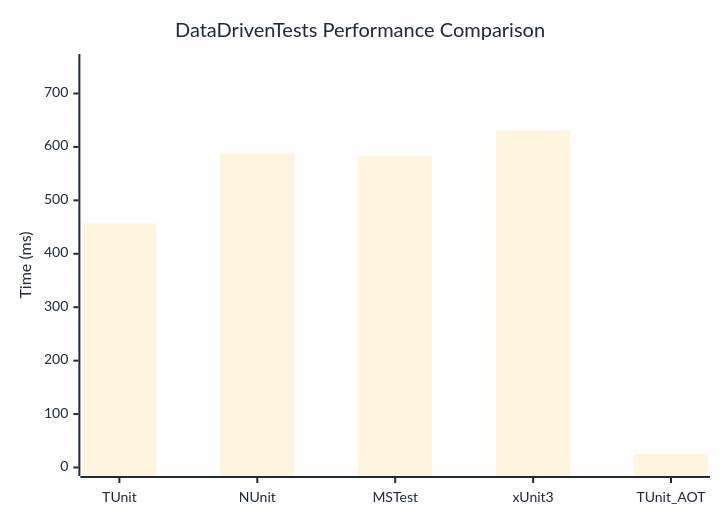
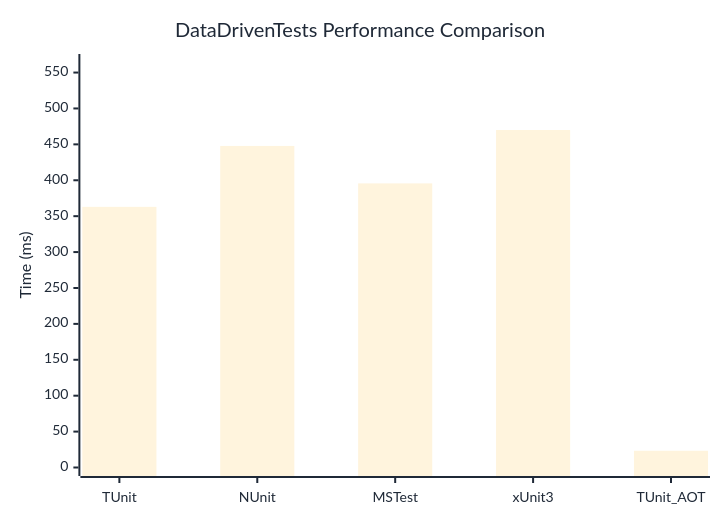
One commit to thomhurst/TUnit changed the diagram in docs/docs/benchmarks/DataDrivenTests.md. Above: the diagram before and after it, drawn with Mermaid. The commit also changed other lines of this file and 17 other files, not shown here.

````diff
--- a/docs/docs/benchmarks/DataDrivenTests.md
+++ b/docs/docs/benchmarks/DataDrivenTests.md
@@ -27,37 +27,37 @@
 ```mermaid
 %%{init: {
   'theme':'base',
   'themeVariables': {
     'primaryColor': '#2563eb',
     'primaryTextColor': '#1f2937',
     'primaryBorderColor': '#1e40af',
     'lineColor': '#6b7280',
     'secondaryColor': '#7c3aed',
     'tertiaryColor': '#dc2626',
     'background': '#ffffff',
     'mainBkg': '#2563eb',
     'secondBkg': '#7c3aed',
     'tertiaryBkg': '#dc2626',
     'clusterBkg': '#f3f4f6',
     'edgeLabelBackground': '#ffffff',
     'tertiaryTextColor': '#1f2937',
     'pie1': '#2563eb',
     'pie2': '#7c3aed',
     'pie3': '#dc2626',
     'pie4': '#f59e0b',
     'pie5': '#10b981',
     'pie6': '#06b6d4',
     'pie7': '#ec4899',
     'pie8': '#6366f1',
     'pie9': '#84cc16',
     'pie10': '#f97316',
     'pie11': '#14b8a6',
     'pie12': '#a855f7'
   }
 }}%%
 xychart-beta
   title "DataDrivenTests Performance Comparison"
   x-axis ["TUnit", "NUnit", "MSTest", "xUnit3", "TUnit_AOT"]
-  y-axis "Time (ms)" 0 --> 758
-  bar [456.83, 587.71, 582.37, 630.95, 24.75]
+  y-axis "Time (ms)" 0 --> 564
+  bar [362.98, 447.8, 395.63, 469.96, 23.3]
 ```
````
